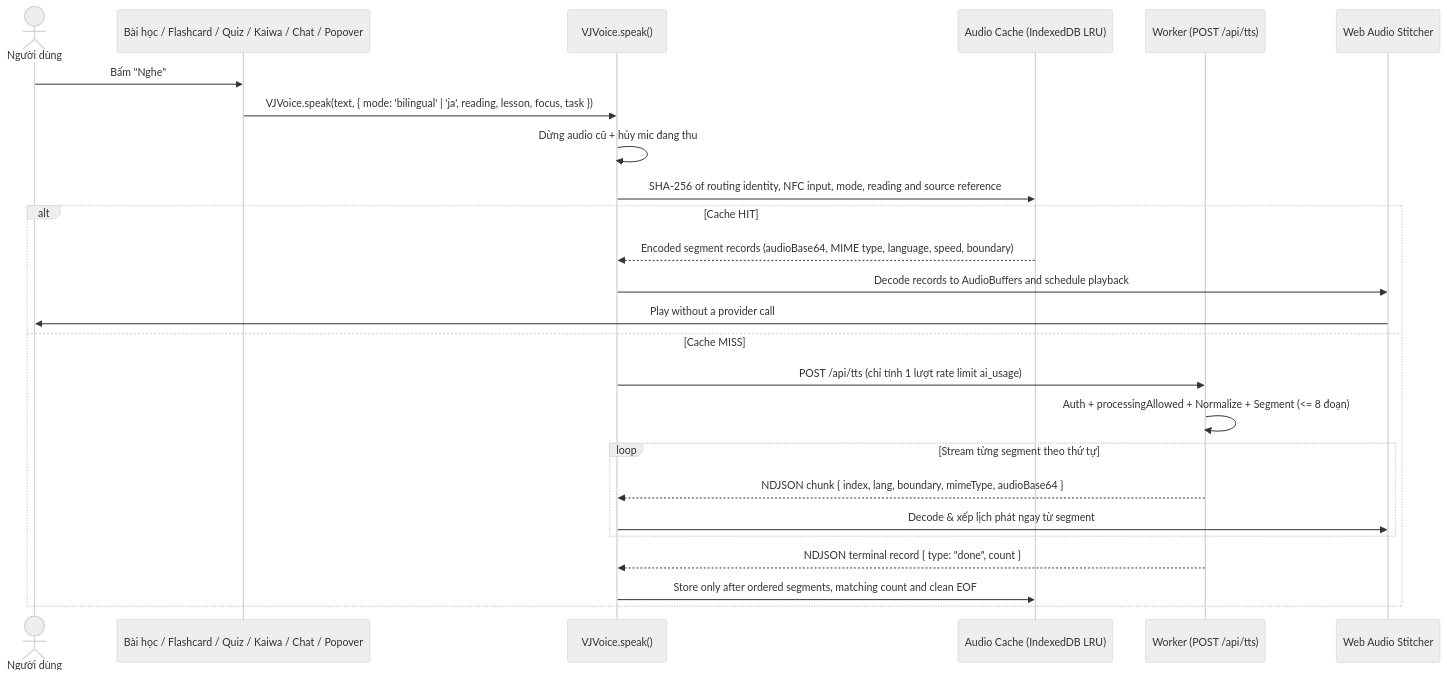
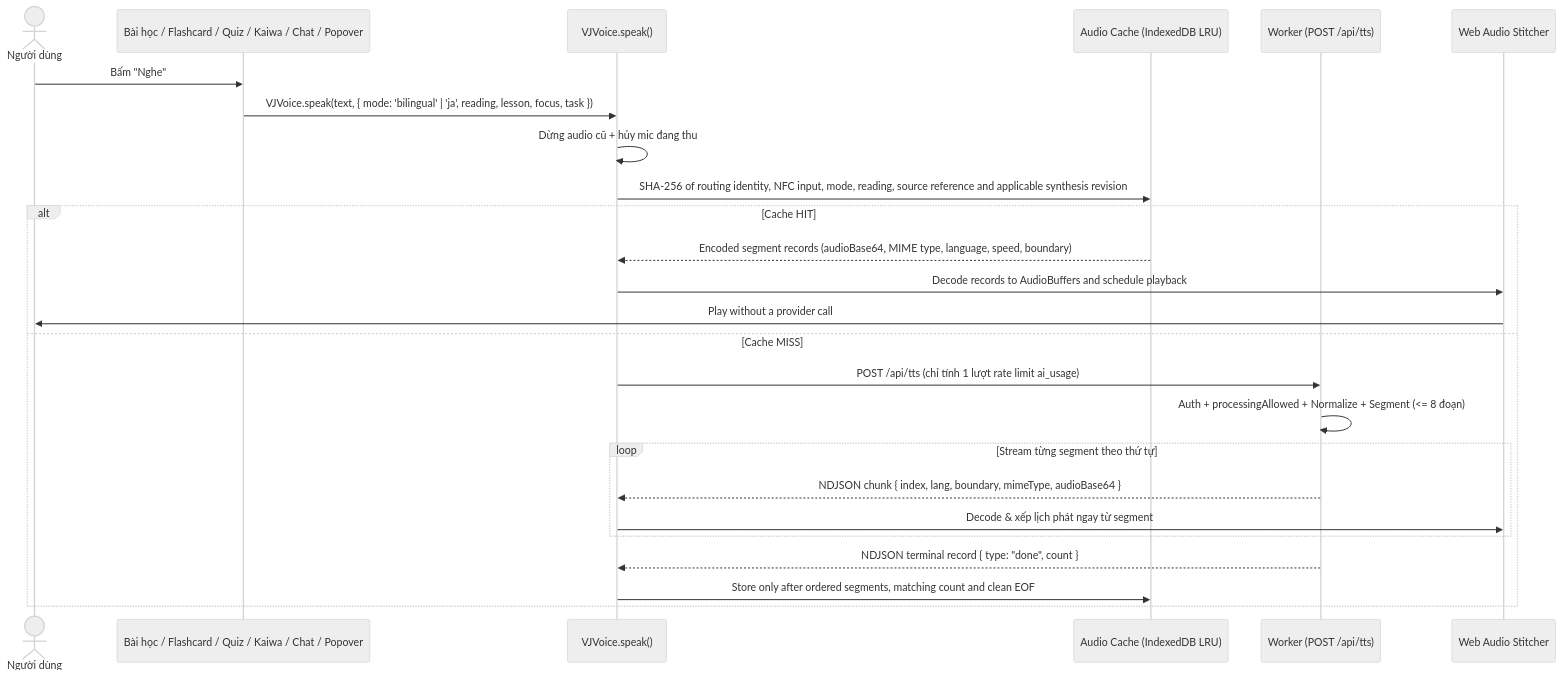
The fourth of 5 diagrams in docs/VOICE_FRAMEWORK.md (minhtri-bi/VJ_BOT), drawn with Mermaid (neutral theme) before and after one commit. The commit also changed 4 other files, not shown here.

````diff
--- a/docs/VOICE_FRAMEWORK.md
+++ b/docs/VOICE_FRAMEWORK.md
@@ -182,28 +182,28 @@
 ```mermaid
 sequenceDiagram
     actor U as Người dùng
     participant App as Bài học / Flashcard / Quiz / Kaiwa / Chat / Popover
     participant Player as VJVoice.speak()
     participant Cache as Audio Cache (IndexedDB LRU)
     participant BE as Worker (POST /api/tts)
     participant Stitch as Web Audio Stitcher
 
     U->>App: Bấm "Nghe"
     App->>Player: VJVoice.speak(text, { mode: 'bilingual' | 'ja', reading, lesson, focus, task })
     Player->>Player: Dừng audio cũ + hủy mic đang thu
-    Player->>Cache: SHA-256 of routing identity, NFC input, mode, reading and source reference
+    Player->>Cache: SHA-256 of routing identity, NFC input, mode, reading, source reference and applicable synthesis revision
     alt Cache HIT
         Cache-->>Player: Encoded segment records (audioBase64, MIME type, language, speed, boundary)
         Player->>Stitch: Decode records to AudioBuffers and schedule playback
         Stitch->>U: Play without a provider call
     else Cache MISS
         Player->>BE: POST /api/tts (chỉ tính 1 lượt rate limit ai_usage)
         BE->>BE: Auth + processingAllowed + Normalize + Segment (<= 8 đoạn)
         loop Stream từng segment theo thứ tự
             BE-->>Player: NDJSON chunk { index, lang, boundary, mimeType, audioBase64 }
             Player->>Stitch: Decode & xếp lịch phát ngay từ segment #0
         end
         BE-->>Player: NDJSON terminal record { type: "done", count }
         Player->>Cache: Store only after ordered segments, matching count and clean EOF
     end
 ```
````
